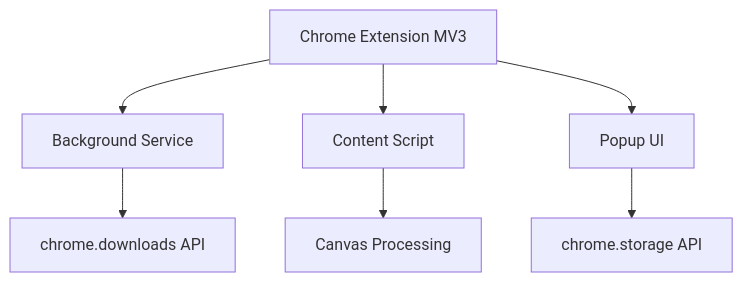
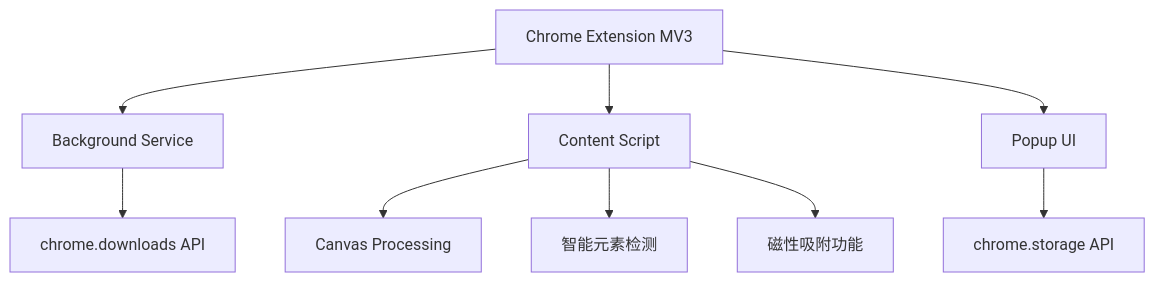
One commit to zhushen12580/smart-screenshot changed the diagram in readme.md. Above: the diagram before and after it, drawn with Mermaid. The commit also changed other lines of this file and 8 other files, not shown here.

First line of the commit message:
feat(core): 添加智能截图模式并优化用户体验

````diff
--- a/readme.md
+++ b/readme.md
@@ -86,9 +87,11 @@
 ```mermaid
 graph TD
     A[Chrome Extension MV3] --> B[Background Service]
     A --> C[Content Script]
     A --> D[Popup UI]
     B --> E[chrome.downloads API]
     C --> F[Canvas Processing]
     D --> G[chrome.storage API]
+    C --> H[智能元素检测]
+    C --> I[磁性吸附功能]
 ```
````
